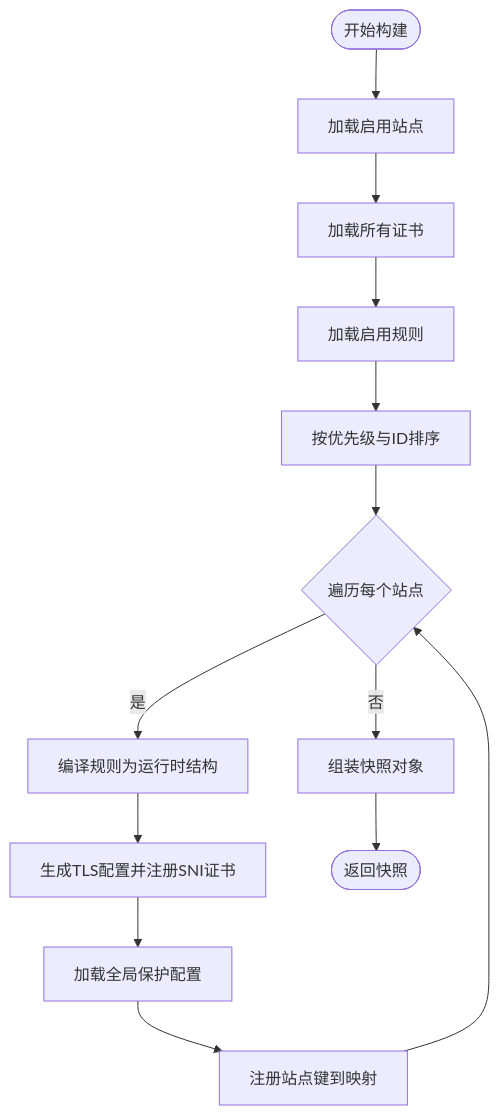
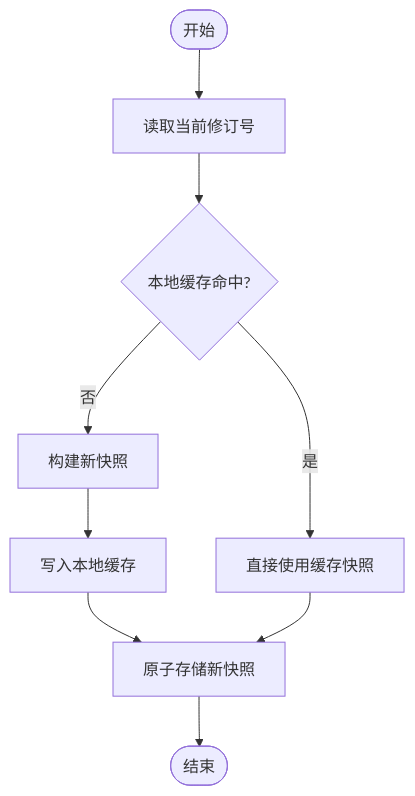
One commit to x01n/My-OpenWaf changed the fifth of 8 diagrams in docs/配置管理系统/配置快照机制.md. Above: the diagram before and after it, drawn with Mermaid. The commit also changed other lines of this file and 199 other files, not shown here.

````diff
--- a/docs/配置管理系统/配置快照机制.md
+++ b/docs/配置管理系统/配置快照机制.md
@@ -181,15 +254,11 @@
 ```mermaid
 flowchart TD
-Start(["开始构建"]) --> LoadSites["加载启用站点"]
-LoadSites --> LoadCerts["加载所有证书"]
-LoadCerts --> LoadRules["加载启用规则"]
-LoadRules --> SortRules["按优先级与ID排序"]
-SortRules --> ForEachSite{"遍历每个站点"}
-ForEachSite --> |是| CompileRules["编译规则为运行时结构"]
-CompileRules --> TLS["生成TLS配置并注册SNI证书"]
-TLS --> Protection["加载全局保护配置"]
-Protection --> MapSite["注册站点键到映射"]
-MapSite --> ForEachSite
-ForEachSite --> |否| BuildSnap["组装快照对象"]
-BuildSnap --> End(["返回快照"])
+Start(["开始"]) --> GetRev["读取当前修订号"]
+GetRev --> CacheHit{"本地缓存命中?"}
+CacheHit --> |是| UseCache["直接使用缓存快照"]
+CacheHit --> |否| Build["构建新快照"]
+Build --> SetCache["写入本地缓存"]
+SetCache --> Store["原子存储新快照"]
+UseCache --> Store
+Store --> End(["结束"])
 ```
````
